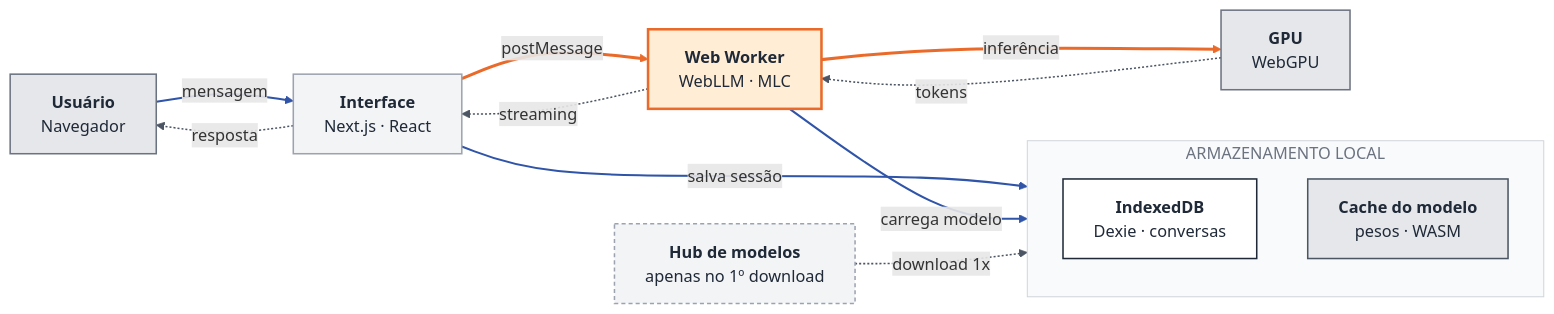
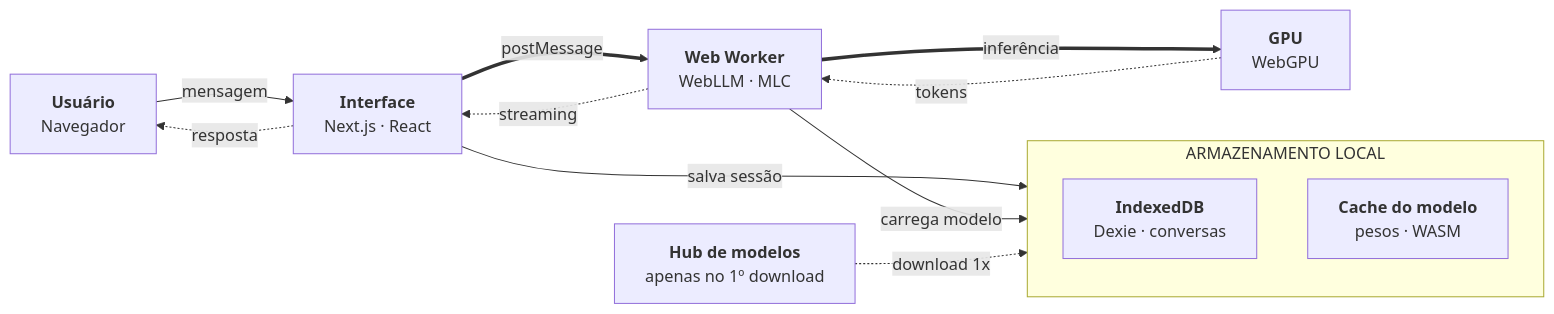
One commit to Victor-Gabriel-Barbosa/chatgpu changed the first of 2 diagrams in README.md. Above: the diagram before and after it, drawn with Mermaid.

Commit message:
Simplify flowchart in README
Removed unnecessary class definitions and styles from the flowchart in the README.

````diff
--- a/README.md
+++ b/README.md
@@ -107,37 +107,24 @@
 ```mermaid
 flowchart LR
-    U["<b>Usuário</b><br/>Navegador"]:::ext
-    UI["<b>Interface</b><br/>Next.js · React"]:::edge
-    W["<b>Web Worker</b><br/>WebLLM · MLC"]:::focal
-    GPU["<b>GPU</b><br/>WebGPU"]:::ext
-    HUB["<b>Hub de modelos</b><br/>apenas no 1º download"]:::cloud
+    U["<b>Usuário</b><br/>Navegador"]
+    UI["<b>Interface</b><br/>Next.js · React"]
+    W["<b>Web Worker</b><br/>WebLLM · MLC"]
+    GPU["<b>GPU</b><br/>WebGPU"]
+    HUB["<b>Hub de modelos</b><br/>apenas no 1º download"]
 
     subgraph LOCAL["ARMAZENAMENTO LOCAL"]
         direction TB
-        DB["<b>IndexedDB</b><br/>Dexie · conversas"]:::bundle
-        CACHE["<b>Cache do modelo</b><br/>pesos · WASM"]:::store
+        DB["<b>IndexedDB</b><br/>Dexie · conversas"]
+        CACHE["<b>Cache do modelo</b><br/>pesos · WASM"]
     end
 
     U -->|"mensagem"| UI
     UI ==>|"postMessage"| W
     W ==>|"inferência"| GPU
     GPU -.->|"tokens"| W
     W -.->|"streaming"| UI
     UI -.->|"resposta"| U
     UI -->|"salva sessão"| DB
     W -->|"carrega modelo"| CACHE
     HUB -.->|"download 1x"| CACHE
-
-    classDef ext fill:#e5e7eb,stroke:#6b7280,stroke-width:1.5px,color:#1f2937
-    classDef edge fill:#f3f4f6,stroke:#9ca3af,stroke-width:1.5px,color:#1f2937
-    classDef focal fill:#ffedd5,stroke:#ea6a2a,stroke-width:2.5px,color:#1f2937
-    classDef bundle fill:#ffffff,stroke:#1f2937,stroke-width:1.5px,color:#1f2937
-    classDef store fill:#e5e7eb,stroke:#4b5563,stroke-width:1.5px,color:#1f2937
-    classDef cloud fill:#f3f4f6,stroke:#9ca3af,stroke-width:1.5px,stroke-dasharray:4 3,color:#1f2937
-
-    style LOCAL fill:#f9fafb,stroke:#d1d5db,color:#6b7280
-
-    linkStyle 0,6,7 stroke:#2f54a8,stroke-width:2px
-    linkStyle 1,2 stroke:#ea6a2a,stroke-width:3px
-    linkStyle 3,4,5,8 stroke:#4b5563,stroke-width:1.5px
 ```
````
